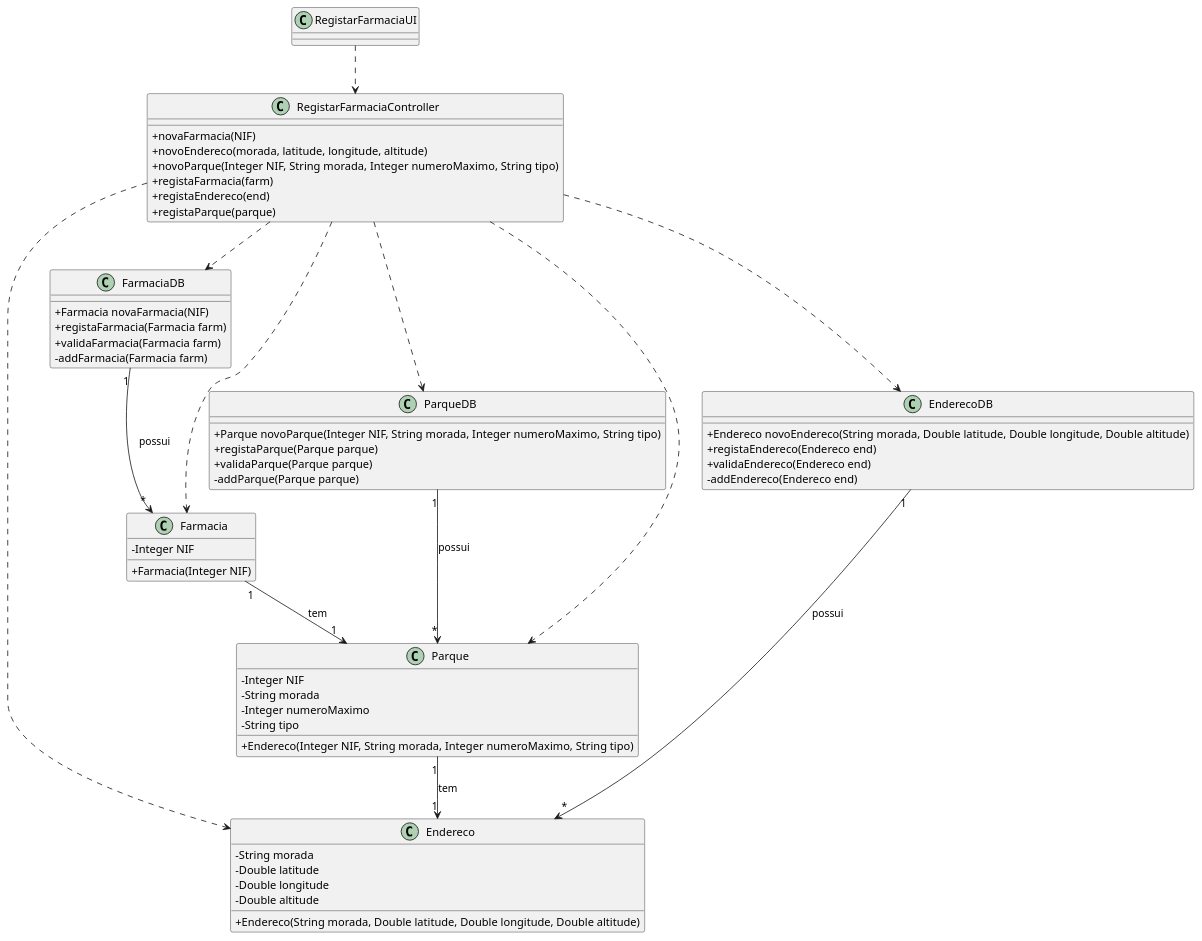
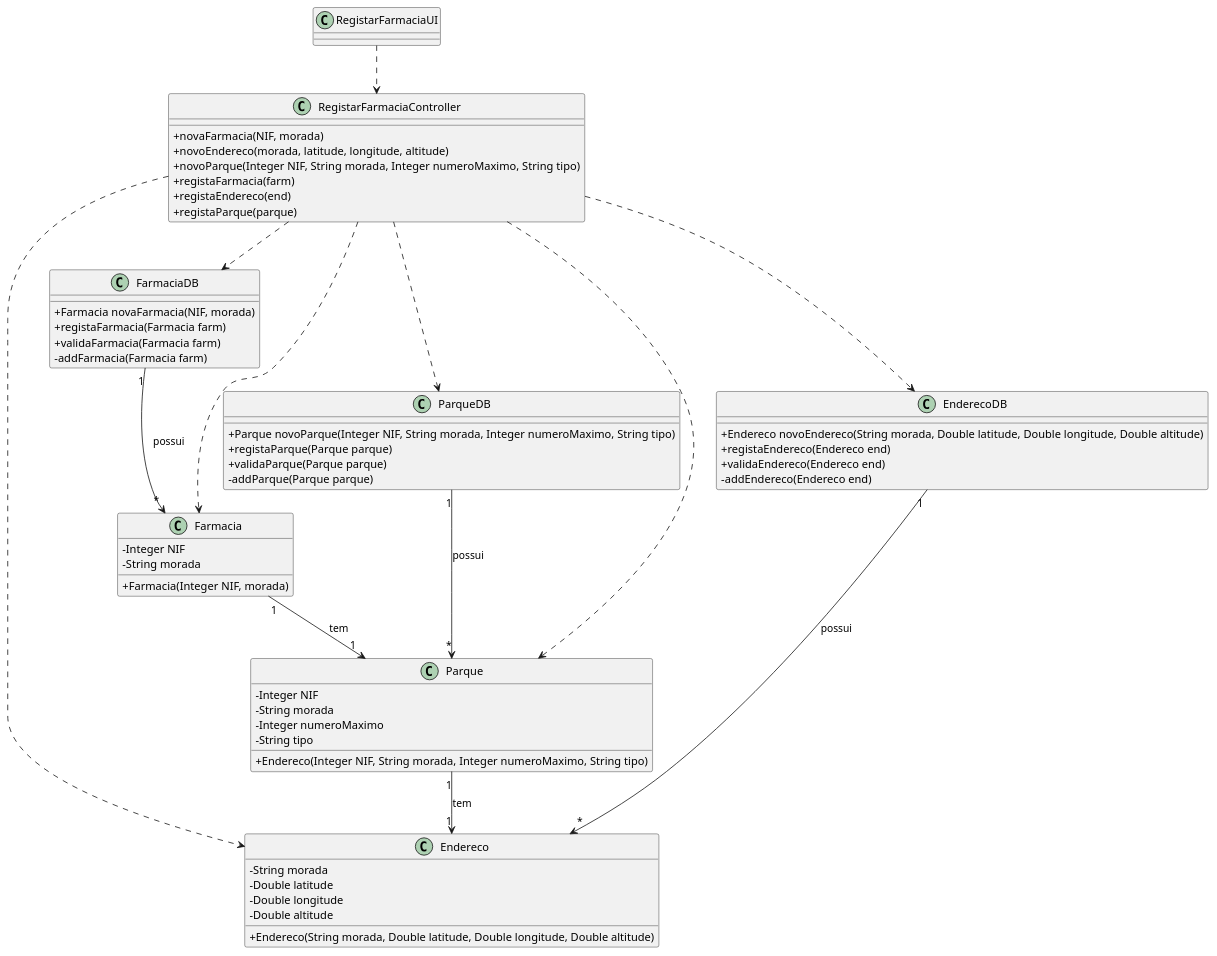
Before and after one commit to pedrolemos4/LAPR3: the diagram in docs/UC128/CD-REGISTAR FARMACIA.puml, drawn with PlantUML. The commit also changed 3 other files, not shown here.

```diff
--- a/docs/UC128/CD-REGISTAR FARMACIA.puml
+++ b/docs/UC128/CD-REGISTAR FARMACIA.puml
@@ -1,74 +1,75 @@
 @startuml
 skinparam classAttributeIconSize 0
 
 class Farmacia {
   -Integer NIF
-  +Farmacia(Integer NIF)
+  -String morada
+  +Farmacia(Integer NIF, morada)
 }
 
 class Endereco {
   -String morada
   -Double latitude
   -Double longitude
   -Double altitude 
   +Endereco(String morada, Double latitude, Double longitude, Double altitude)
 }
 
 class Parque {
   -Integer NIF
   -String morada
   -Integer numeroMaximo
   -String tipo
   +Endereco(Integer NIF, String morada, Integer numeroMaximo, String tipo)
 }
 
 class FarmaciaDB {
-  +Farmacia novaFarmacia(NIF)
+  +Farmacia novaFarmacia(NIF, morada)
   +registaFarmacia(Farmacia farm)
   +validaFarmacia(Farmacia farm)
   -addFarmacia(Farmacia farm)
 }
 
 class EnderecoDB {
   +Endereco novoEndereco(String morada, Double latitude, Double longitude, Double altitude)
   +registaEndereco(Endereco end)
   +validaEndereco(Endereco end)
   -addEndereco(Endereco end)
 }
 
 class ParqueDB {
   +Parque novoParque(Integer NIF, String morada, Integer numeroMaximo, String tipo)
   +registaParque(Parque parque)
   +validaParque(Parque parque)
   -addParque(Parque parque)
 }
 
 class RegistarFarmaciaController {
-  +novaFarmacia(NIF)
+  +novaFarmacia(NIF, morada)
   +novoEndereco(morada, latitude, longitude, altitude)
   +novoParque(Integer NIF, String morada, Integer numeroMaximo, String tipo)
   +registaFarmacia(farm)
   +registaEndereco(end)
   +registaParque(parque)
 }
 
 class RegistarFarmaciaUI {
   
 }
 
 RegistarFarmaciaUI ..> RegistarFarmaciaController
 RegistarFarmaciaController ..> ParqueDB
 RegistarFarmaciaController ..> EnderecoDB
 RegistarFarmaciaController ..> FarmaciaDB
 RegistarFarmaciaController ..> Parque
 RegistarFarmaciaController ..> Endereco
 RegistarFarmaciaController ..> Farmacia
 
 ParqueDB "1" --> "*" Parque : possui
 EnderecoDB "1" --> "*" Endereco : possui
 FarmaciaDB "1" --> "*" Farmacia : possui
 Farmacia "1" --> "1" Parque : tem
 Parque "1" --> "1" Endereco : tem
 
 
 @enduml
```
